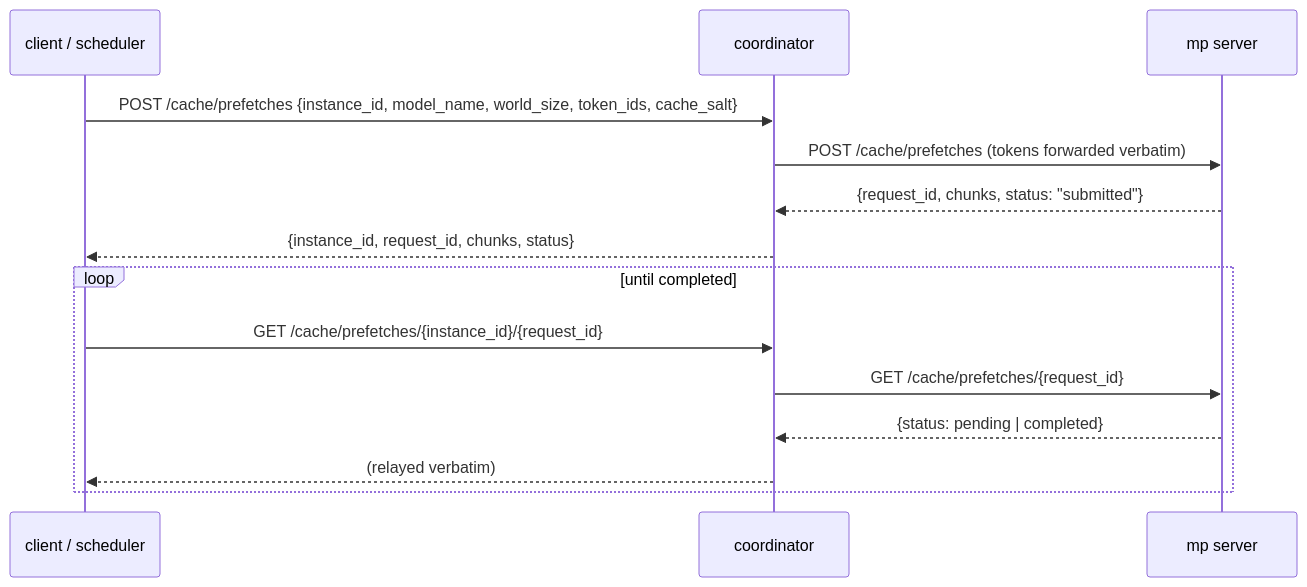
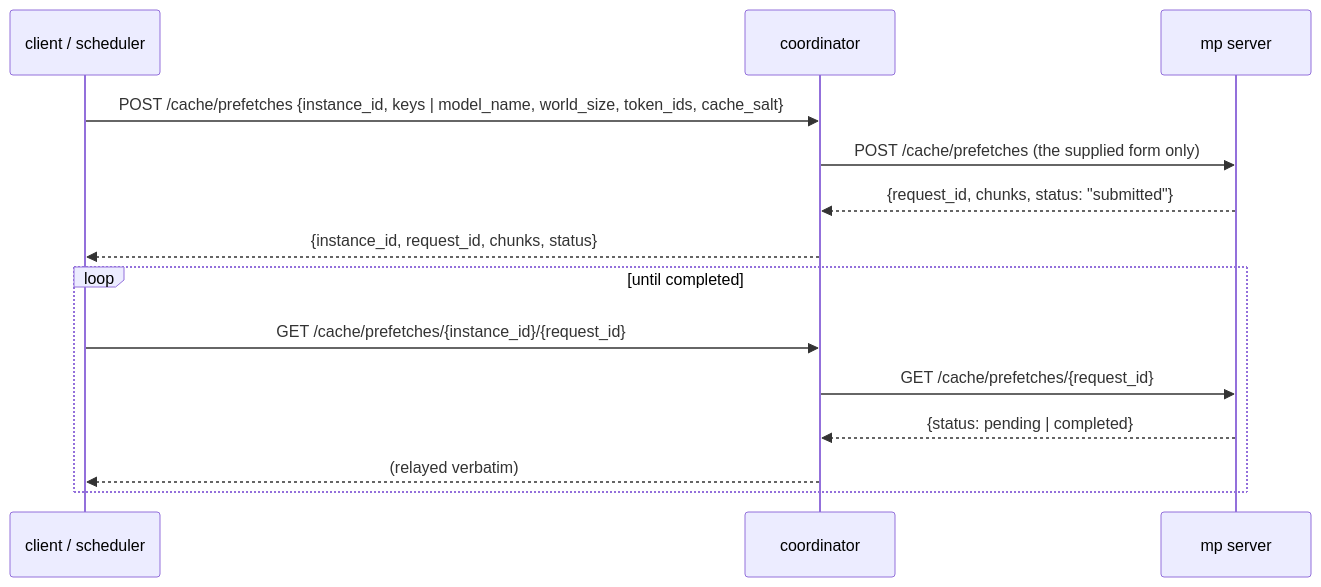
Before and after one commit to LMCache/LMCache: the diagram in docs/design/v1/mp_coordinator/l2_prefetch.md, drawn with Mermaid. The commit also changed other lines of this file and 17 other files, not shown here.

````diff
--- a/docs/design/v1/mp_coordinator/l2_prefetch.md
+++ b/docs/design/v1/mp_coordinator/l2_prefetch.md
@@ -12,17 +12,17 @@
 ```mermaid
 sequenceDiagram
     participant Cl as client / scheduler
     participant Co as coordinator
     participant M as mp server
 
-    Cl->>Co: POST /cache/prefetches {instance_id, model_name, world_size, token_ids, cache_salt}
-    Co->>M: POST /cache/prefetches (tokens forwarded verbatim)
+    Cl->>Co: POST /cache/prefetches {instance_id, keys | model_name, world_size, token_ids, cache_salt}
+    Co->>M: POST /cache/prefetches (the supplied form only)
     M-->>Co: {request_id, chunks, status: "submitted"}
     Co-->>Cl: {instance_id, request_id, chunks, status}
     loop until completed
         Cl->>Co: GET /cache/prefetches/{instance_id}/{request_id}
         Co->>M: GET /cache/prefetches/{request_id}
         M-->>Co: {status: pending | completed}
         Co-->>Cl: (relayed verbatim)
     end
 ```
````
